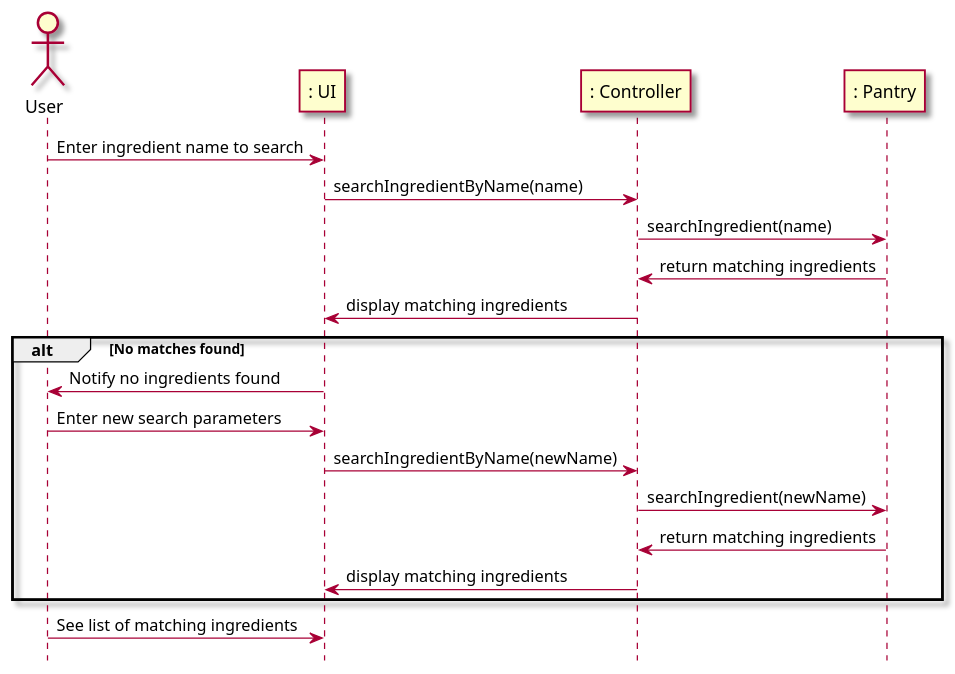
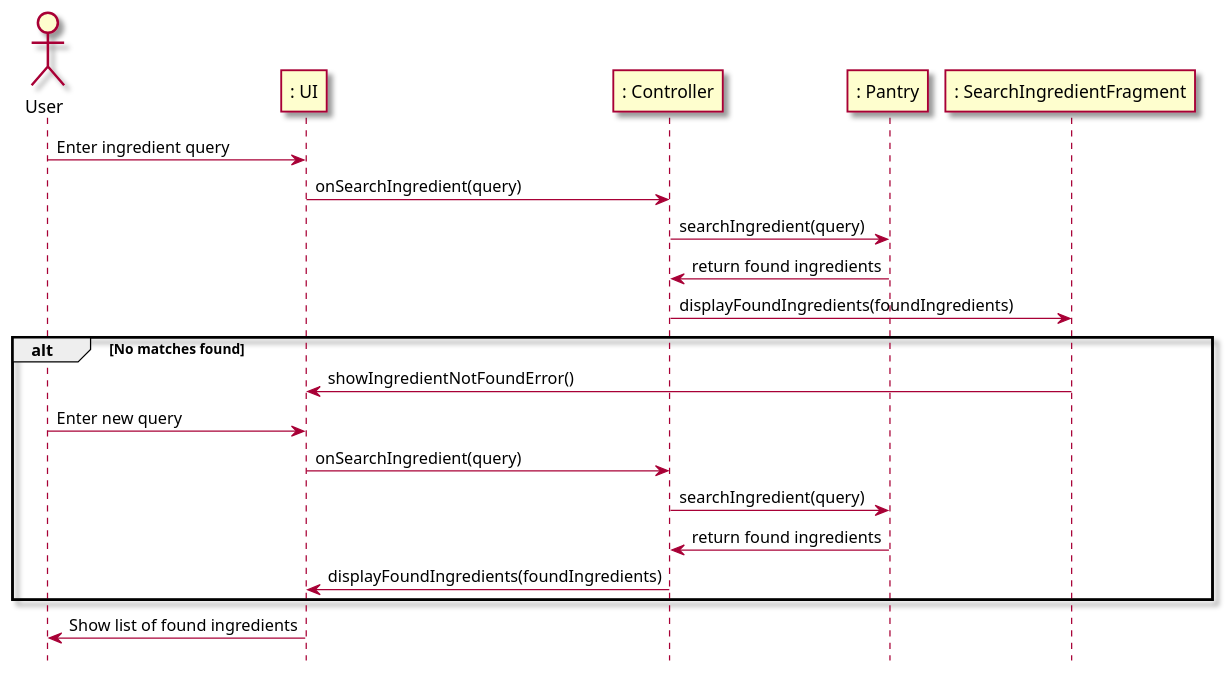
Before and after one commit to berthashipper/Pantry-Pal-Android-Application: the second of 2 diagrams in intellij/doc/use-cases/search_ingredient.md, drawn with PlantUML. The commit also changed other lines of this file and 13 other files, not shown here.

````diff
--- a/intellij/doc/use-cases/search_ingredient.md
+++ b/intellij/doc/use-cases/search_ingredient.md
@@ -63,31 +63,30 @@
 ```plantuml
 @startuml
 skin rose
 
 hide footbox
 
 actor User as user
 participant ": UI" as ui
 participant ": Controller" as cont
 participant ": Pantry" as pantry
+participant ": SearchIngredientFragment" as fragment
 
-user -> ui : Enter ingredient name to search
-ui -> cont : searchIngredientByName(name)
-cont -> pantry : searchIngredient(name)
-pantry -> cont : return matching ingredients
-cont -> ui : display matching ingredients
+user -> ui : Enter ingredient query
+ui -> cont : onSearchIngredient(query)
+cont -> pantry : searchIngredient(query)
+pantry -> cont : return found ingredients
+cont -> fragment : displayFoundIngredients(foundIngredients)
 
 alt No matches found
-    ui -> user : Notify no ingredients found
-    user -> ui : Enter new search parameters
-    ui -> cont : searchIngredientByName(newName)
-    cont -> pantry : searchIngredient(newName)
-    pantry -> cont : return matching ingredients
-    cont -> ui : display matching ingredients
+    fragment -> ui : showIngredientNotFoundError()
+    user -> ui : Enter new query
+    ui -> cont : onSearchIngredient(query)
+    cont -> pantry : searchIngredient(query)
+    pantry -> cont : return found ingredients
+    cont -> ui : displayFoundIngredients(foundIngredients)
 end
 
-user -> ui : See list of matching ingredients
-
-
+ui -> user : Show list of found ingredients
 @enduml
 ```
````
